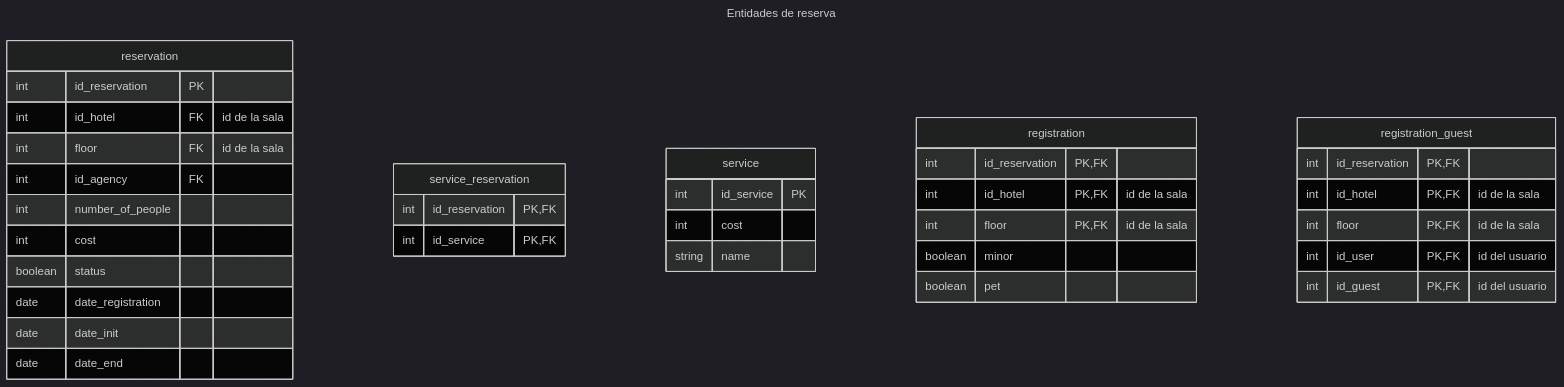
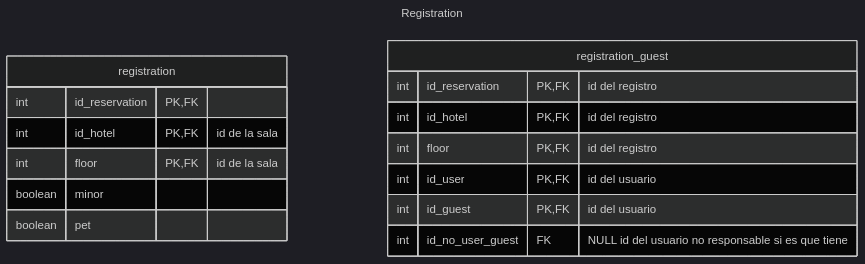
The sixth of 10 diagrams in doc/SDLC/desing/db/v2/dictionary.md (J4F3ET/ME.PMS), drawn with Mermaid (dark theme) before and after one commit. The commit also changed other lines of this file and 1 other file, not shown here.

````diff
--- a/doc/SDLC/desing/db/v2/dictionary.md
+++ b/doc/SDLC/desing/db/v2/dictionary.md
@@ -63,41 +112,21 @@
-```mermaid
+ ```mermaid
 ---
-title: Entidades de reserva
+title: Registration
 ---
 erDiagram
-    reservation{
-        int id_reservation PK
-        int id_hotel FK "id de la sala"
-        int floor FK "id de la sala"
-        int id_agency FK
-        int number_of_people
-        int cost
-        boolean status
-        date date_registration
-        date date_init
-        date date_end
-    }
-    service_reservation{
-        int id_reservation PK,FK
-        int id_service PK,FK
-    }
-    service{
-        int id_service PK
-        int cost
-        string name
-    }
     registration{
         int id_reservation PK,FK
         int id_hotel PK,FK "id de la sala"
         int floor PK,FK "id de la sala"
         boolean minor
         boolean pet
     }
     registration_guest{
-        int id_reservation PK,FK
-        int id_hotel PK,FK "id de la sala"
-        int floor PK,FK "id de la sala"
+        int id_reservation PK,FK "id del registro"
+        int id_hotel PK,FK "id del registro"
+        int floor PK,FK "id del registro"
         int id_user PK,FK "id del usuario"
         int id_guest PK,FK "id del usuario"
+        int id_no_user_guest FK "NULL id del usuario no responsable si es que tiene"
     }
 ```
````
